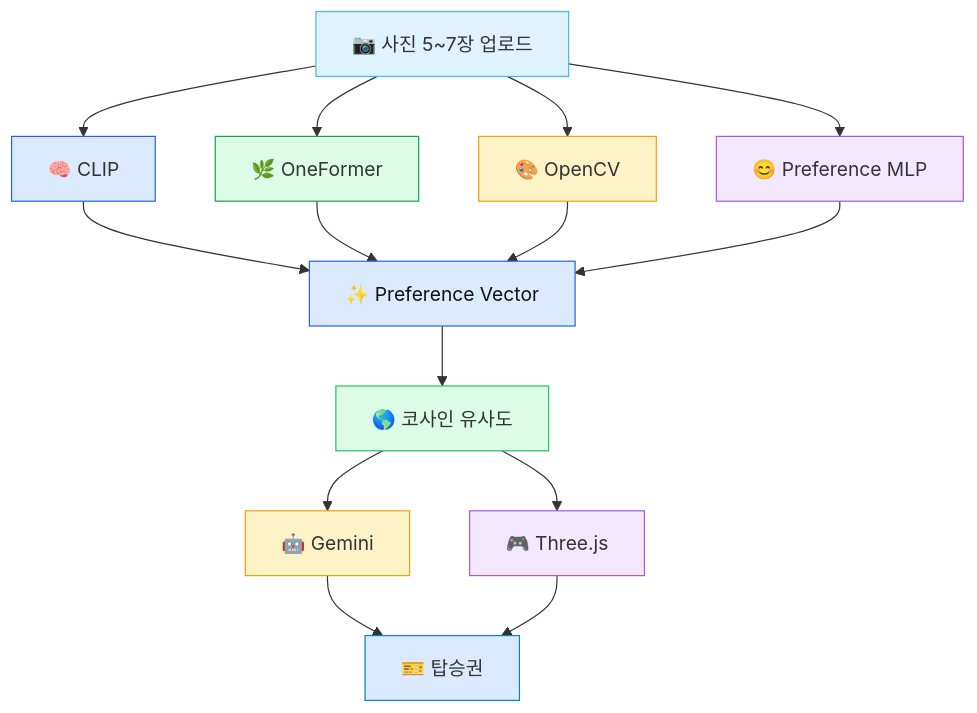
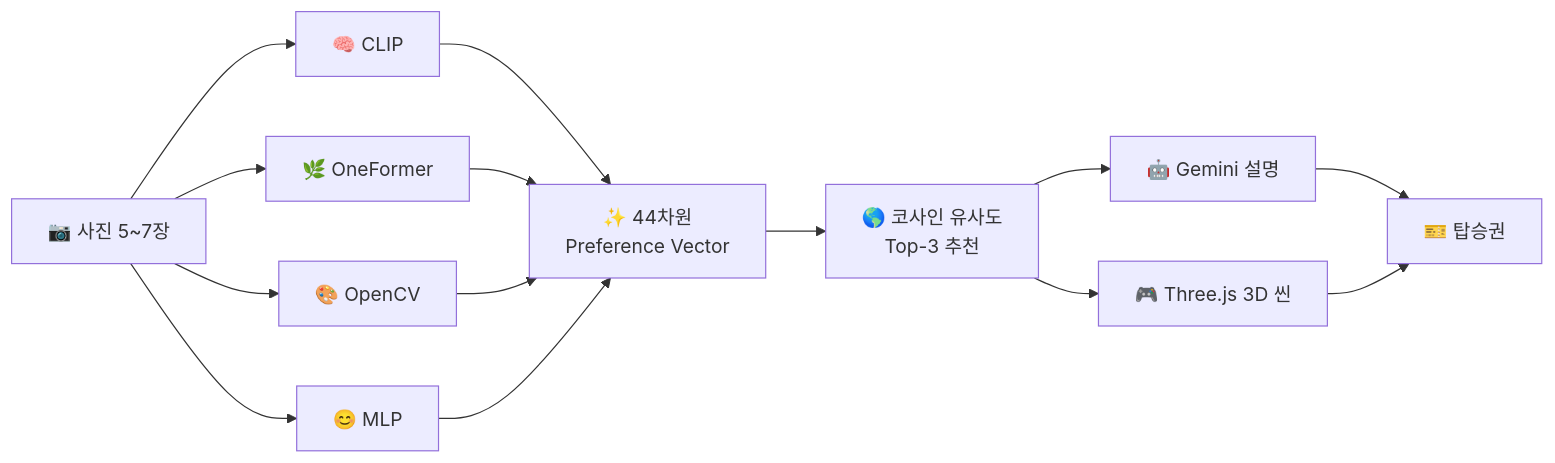
Before and after one commit to ysnni2/PhotoTrip: the diagram in README.md, drawn with Mermaid. The commit also changed other lines of this file, not shown here.

````diff
--- a/README.md
+++ b/README.md
@@ -356,36 +71,8 @@
 ```mermaid
-flowchart TD
-
-    A["📷 사진 5~7장 업로드"]
-
-    A --> B1["🧠 CLIP"]
-    A --> B2["🌿 OneFormer"]
-    A --> B3["🎨 OpenCV"]
-    A --> B4["😊 Preference MLP"]
-
-    B1 --> C["✨ Preference Vector"]
-    B2 --> C
-    B3 --> C
-    B4 --> C
-
-    C --> D["🌎 코사인 유사도"]
-
-    D --> E["🤖 Gemini"]
-
-    D --> F["🎮 Three.js"]
-
-    E --> G["🎫 탑승권"]
-
-    F --> G
-
-    style A fill:#E0F2FE,stroke:#38BDF8
-    style B1 fill:#DBEAFE,stroke:#2563EB
-    style B2 fill:#DCFCE7,stroke:#16A34A
-    style B3 fill:#FEF3C7,stroke:#F59E0B
-    style B4 fill:#F3E8FF,stroke:#A855F7
-    style C fill:#DBEAFE,stroke:#2563EB,color:#111
-    style D fill:#DCFCE7,stroke:#22C55E
-    style E fill:#FEF3C7,stroke:#F59E0B
-    style F fill:#F3E8FF,stroke:#A855F7
-    style G fill:#DBEAFE,stroke:#0284C7
+flowchart LR
+    A["📷 사진 5~7장"] --> B1["🧠 CLIP"] & B2["🌿 OneFormer"] & B3["🎨 OpenCV"] & B4["😊 MLP"]
+    B1 & B2 & B3 & B4 --> C["✨ 44차원<br/>Preference Vector"]
+    C --> D["🌎 코사인 유사도<br/>Top-3 추천"]
+    D --> E["🤖 Gemini 설명"] & F["🎮 Three.js 3D 씬"]
+    E & F --> G["🎫 탑승권"]
 ```
````
